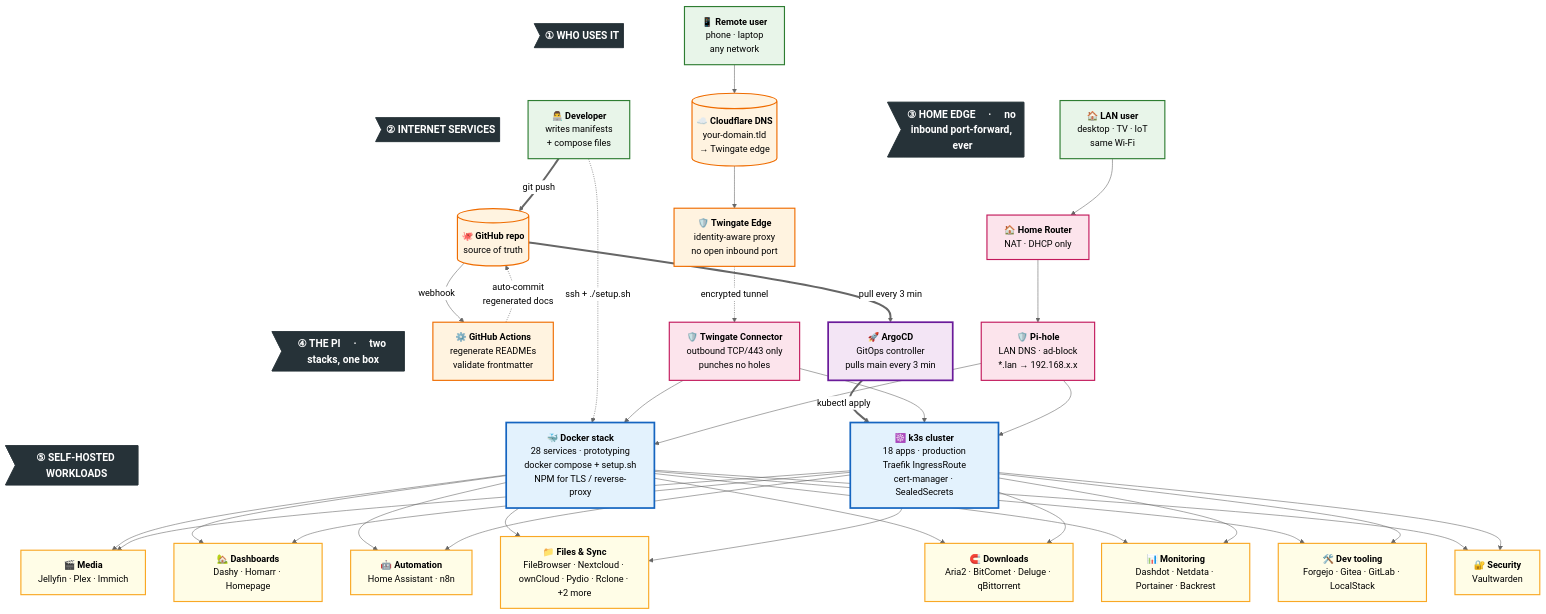
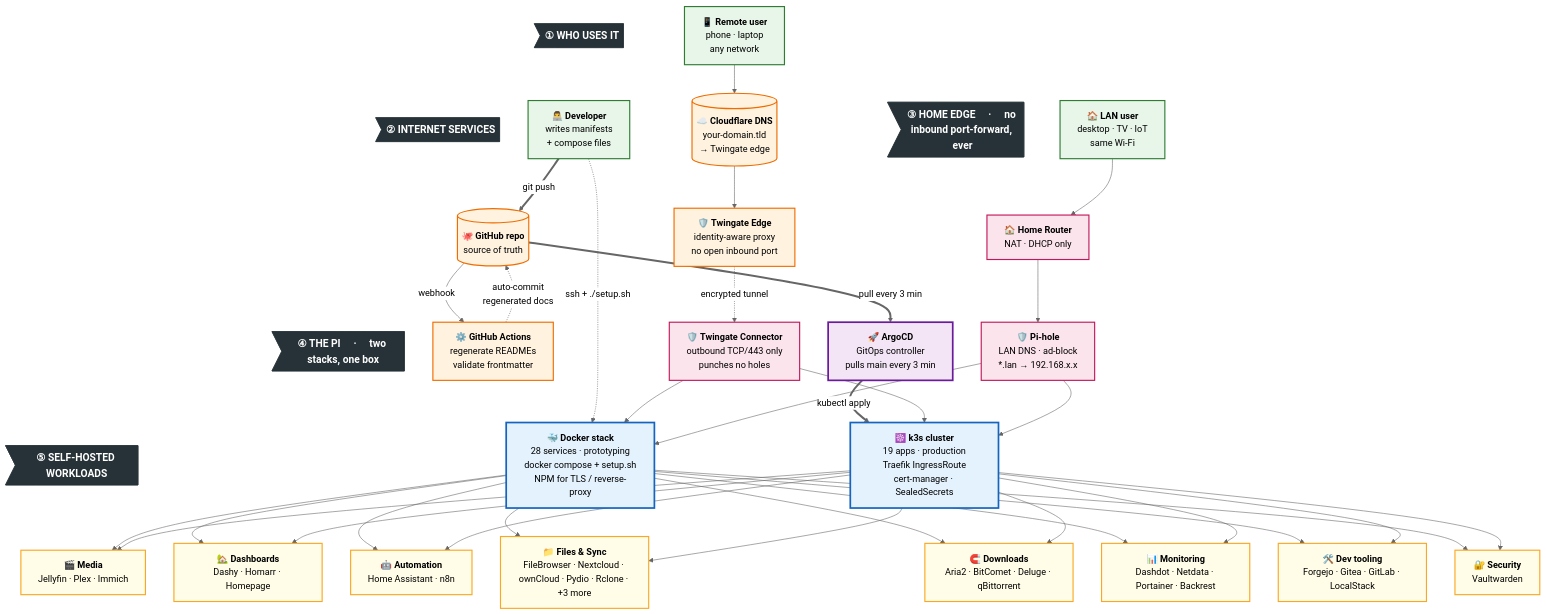
The diagram in README.md (Thre4dripper/Home-Server-Lab), drawn with Mermaid (neutral theme) before and after one commit. The commit also changed other lines of this file and 13 other files, not shown here.

```diff
--- a/README.md
+++ b/README.md
@@ -98,14 +98,14 @@
     %% ─── TIER 4 · the Pi ────────────────────────────────────────────────
     Docker[🐳 <b>Docker stack</b><br/>28 services · prototyping<br/>docker compose + setup.sh<br/>NPM for TLS / reverse-proxy]
     Argo[🚀 <b>ArgoCD</b><br/>GitOps controller<br/>pulls main every 3 min]
-    K3s[☸️ <b>k3s cluster</b><br/>18 apps · production<br/>Traefik IngressRoute<br/>cert-manager · SealedSecrets]
+    K3s[☸️ <b>k3s cluster</b><br/>19 apps · production<br/>Traefik IngressRoute<br/>cert-manager · SealedSecrets]
 
 
     %% ─── TIER 5 · self-hosted workloads (auto-generated) ────────────────
     W1[🎬 <b>Media</b><br/>Jellyfin · Plex · Immich]
     W2[🏡 <b>Dashboards</b><br/>Dashy · Homarr · Homepage]
     W3[🤖 <b>Automation</b><br/>Home Assistant · n8n]
-    W4[📁 <b>Files &amp; Sync</b><br/>FileBrowser · Nextcloud · ownCloud · Pydio · Rclone · +2 more]
+    W4[📁 <b>Files &amp; Sync</b><br/>FileBrowser · Nextcloud · ownCloud · Pydio · Rclone · +3 more]
     W5[🧲 <b>Downloads</b><br/>Aria2 · BitComet · Deluge · qBittorrent]
     W6[📊 <b>Monitoring</b><br/>Dashdot · Netdata · Portainer · Backrest]
     W7[🛠️ <b>Dev tooling</b><br/>Forgejo · Gitea · GitLab · LocalStack]
```
